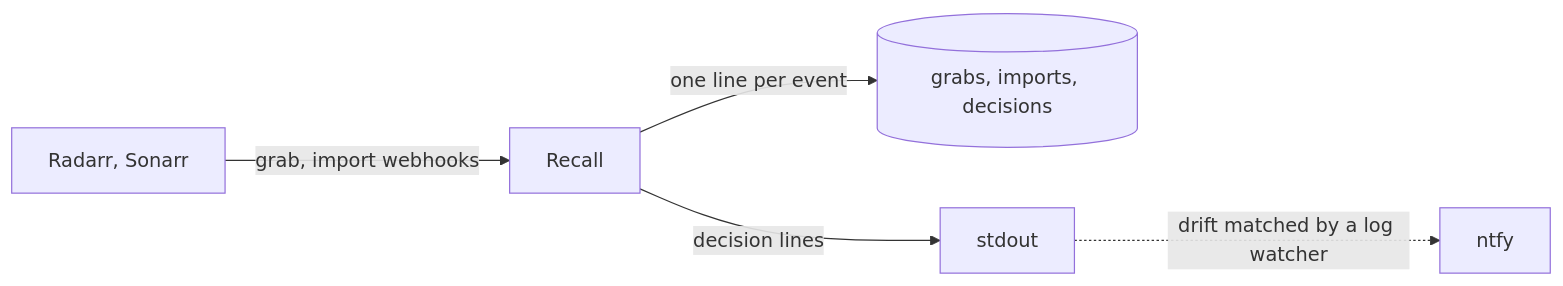
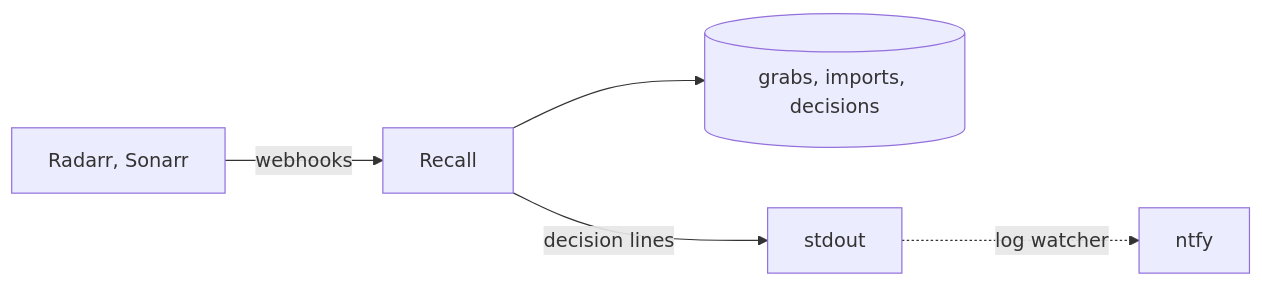
The diagram in docs/design.md (santiagosayshey/recall), drawn with Mermaid before and after one commit. The commit also changed other lines of this file, not shown here.

````diff
--- a/docs/design.md
+++ b/docs/design.md
@@ -13,7 +11,7 @@
 ```mermaid
 flowchart LR
-    arr["Radarr, Sonarr"] -->|grab, import webhooks| recall[Recall]
-    recall -->|one line per event| files[(grabs, imports, decisions)]
-    recall -->|decision lines| stdout[stdout]
-    stdout -.->|drift matched by a log watcher| ntfy[ntfy]
+    arr["Radarr, Sonarr"] -->|webhooks| recall[Recall]
+    recall --> files[(grabs, imports, decisions)]
+    recall -->|decision lines| stdout
+    stdout -.->|log watcher| ntfy
 ```
````
